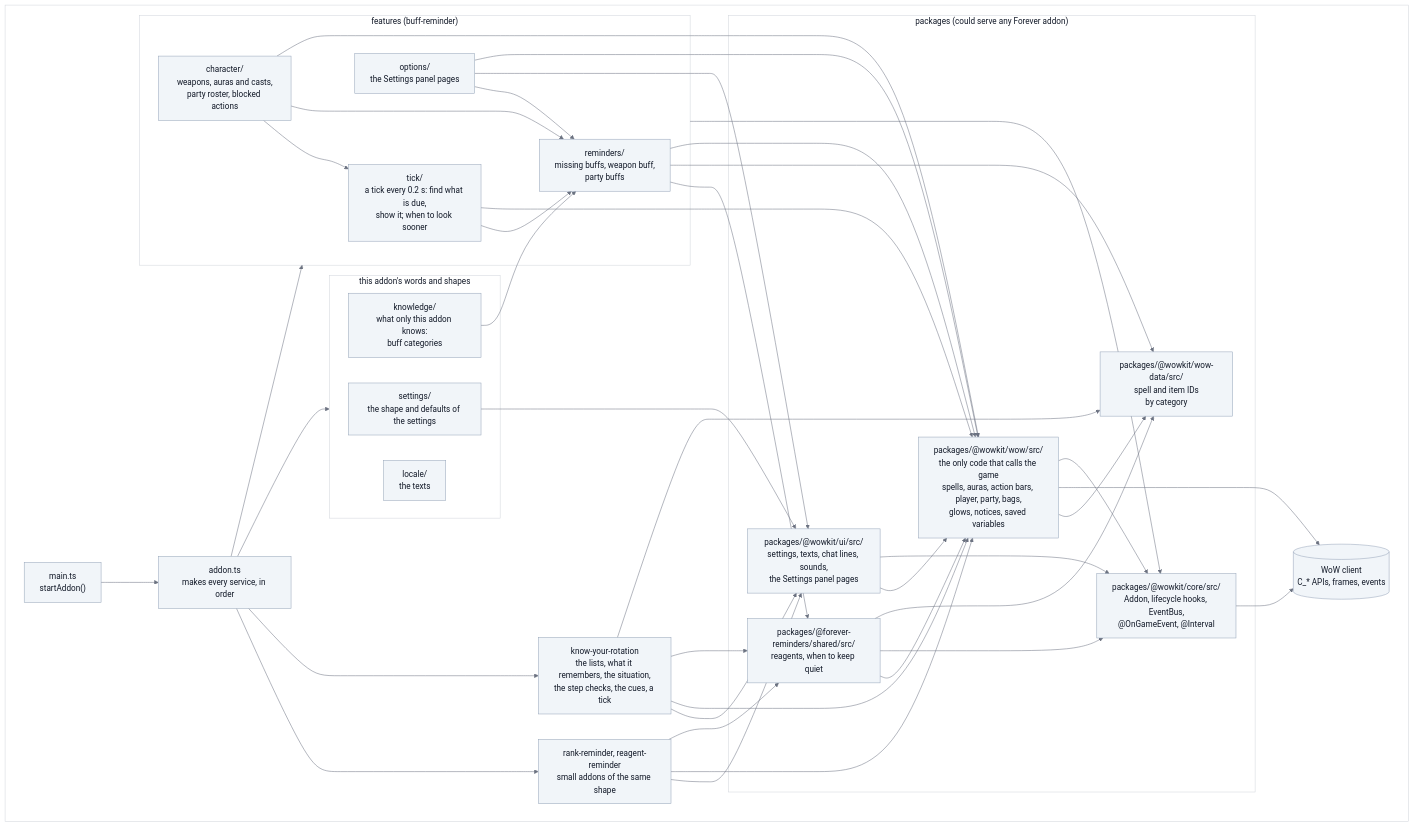
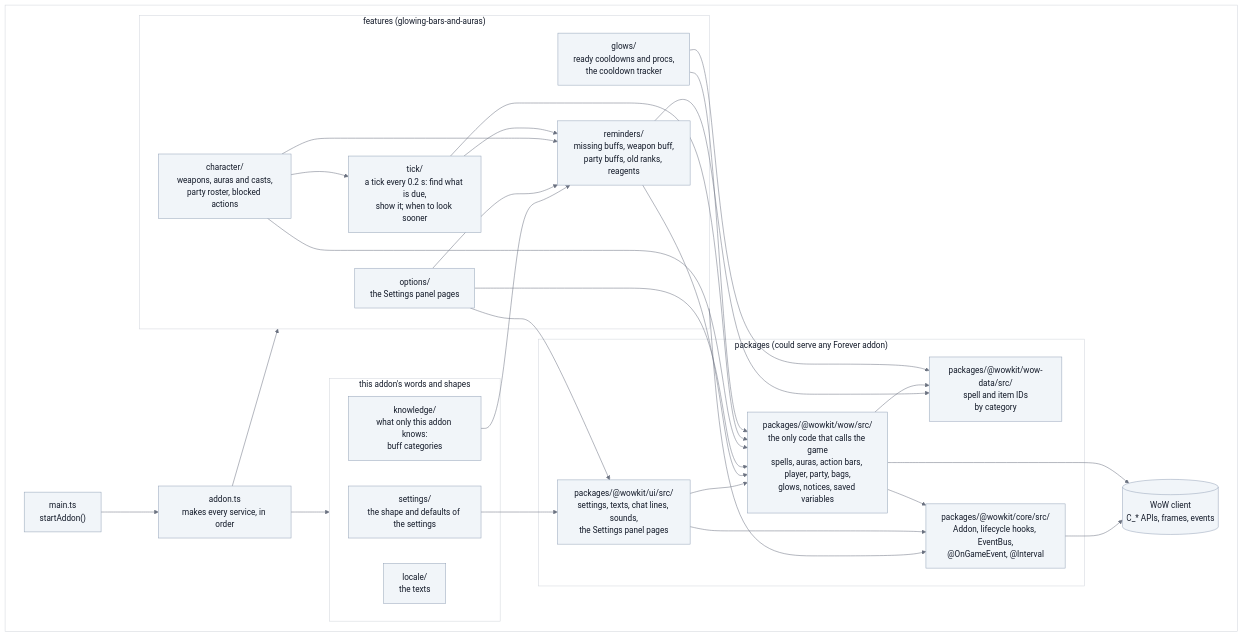
Before and after one commit to vattiss/wowkit: the third of 9 diagrams in docs/architecture.md, drawn with Mermaid. The commit also changed other lines of this file and 265 other files, not shown here.

First line of the commit message:
feat(glowing-bars-and-auras): one addon that lights up the action bars

````diff
--- a/docs/architecture.md
+++ b/docs/architecture.md
@@ -113,71 +112,58 @@
 ```mermaid
 %%{init: {"theme":"base","themeVariables":{"background":"#ffffff","lineColor":"#6b7280","textColor":"#111827","primaryColor":"#f1f5f9","primaryTextColor":"#111827","primaryBorderColor":"#94a3b8","secondaryColor":"#e2e8f0","tertiaryColor":"#ffffff","mainBkg":"#f1f5f9","nodeBorder":"#94a3b8","nodeTextColor":"#111827","titleColor":"#111827","edgeLabelBackground":"#ffffff","labelBackground":"#ffffff","labelTextColor":"#111827","clusterBkg":"#ffffff","clusterBorder":"#d1d5db","classText":"#111827","actorBkg":"#f1f5f9","actorTextColor":"#111827","actorBorder":"#94a3b8","actorLineColor":"#6b7280","signalColor":"#374151","signalTextColor":"#111827","noteBkgColor":"#fef9c3","noteTextColor":"#111827","noteBorderColor":"#ca8a04"}}}%%
 flowchart TB
     classDef default fill:#f1f5f9,stroke:#94a3b8,color:#111827
     subgraph PANEL[" "]
         main["main.ts<br/>startAddon()"] --> wiring["addon.ts<br/>makes every service, in order"]
 
         subgraph words["this addon's words and shapes"]
             settings["settings/<br/>the shape and defaults of the settings"]
             locale["locale/<br/>the texts"]
             knowledge["knowledge/<br/>what only this addon knows:<br/>buff categories"]
         end
 
-        subgraph features["features (buff-reminder)"]
+        subgraph features["features (glowing-bars-and-auras)"]
             tick["tick/<br/>a tick every 0.2 s: find what is due,<br/>show it; when to look sooner"]
             character["character/<br/>weapons, auras and casts,<br/>party roster, blocked actions"]
             options["options/<br/>the Settings panel pages"]
-            reminders["reminders/<br/>missing buffs, weapon buff,<br/>party buffs"]
+            reminders["reminders/<br/>missing buffs, weapon buff,<br/>party buffs, old ranks, reagents"]
+            glows["glows/<br/>ready cooldowns and procs,<br/>the cooldown tracker"]
         end
 
-        others["rank-reminder, reagent-reminder<br/>small addons of the same shape"]
-        rotation["know-your-rotation<br/>the lists, what it remembers, the situation,<br/>the step checks, the cues, a tick"]
 
         subgraph toolkit["packages (could serve any Forever addon)"]
             ui["packages/@wowkit/ui/src/<br/>settings, texts, chat lines, sounds,<br/>the Settings panel pages"]
             wow["packages/@wowkit/wow/src/<br/>the only code that calls the game<br/>spells, auras, action bars, player, party, bags,<br/>glows, notices, saved variables"]
-            shared["packages/@forever-reminders/shared/src/<br/>reagents, when to keep quiet"]
             wowdata["packages/@wowkit/wow-data/src/<br/>spell and item IDs<br/>by category"]
             core["packages/@wowkit/core/src/<br/>Addon, lifecycle hooks, EventBus,<br/>@OnGameEvent, @Interval"]
         end
 
         game[("WoW client<br/>C_* APIs, frames, events")]
 
         wiring --> words
         wiring --> features
-        wiring --> others
-        wiring --> rotation
-        others --> ui
-        others --> wow
-        others --> shared
-        rotation --> ui
-        rotation --> wow
-        rotation --> shared
-        rotation --> wowdata
-        reminders --> shared
-        shared --> wow
-        shared --> core
-        shared --> wowdata
+        glows --> wow
+        glows --> wowdata
         wow --> wowdata
         reminders --> wowdata
         tick --> reminders
         tick --> wow
         character --> tick
         character --> reminders
         character --> wow
         options --> reminders
         options --> ui
         options --> wow
         knowledge --> reminders
         reminders --> wow
         settings --> ui
         ui --> wow
         wow --> game
         wow --> core
         ui --> core
         core --> game
         features --> core
     end
     classDef panel fill:#ffffff,stroke:#d1d5db,color:#111827
     class PANEL panel
 ```
````
